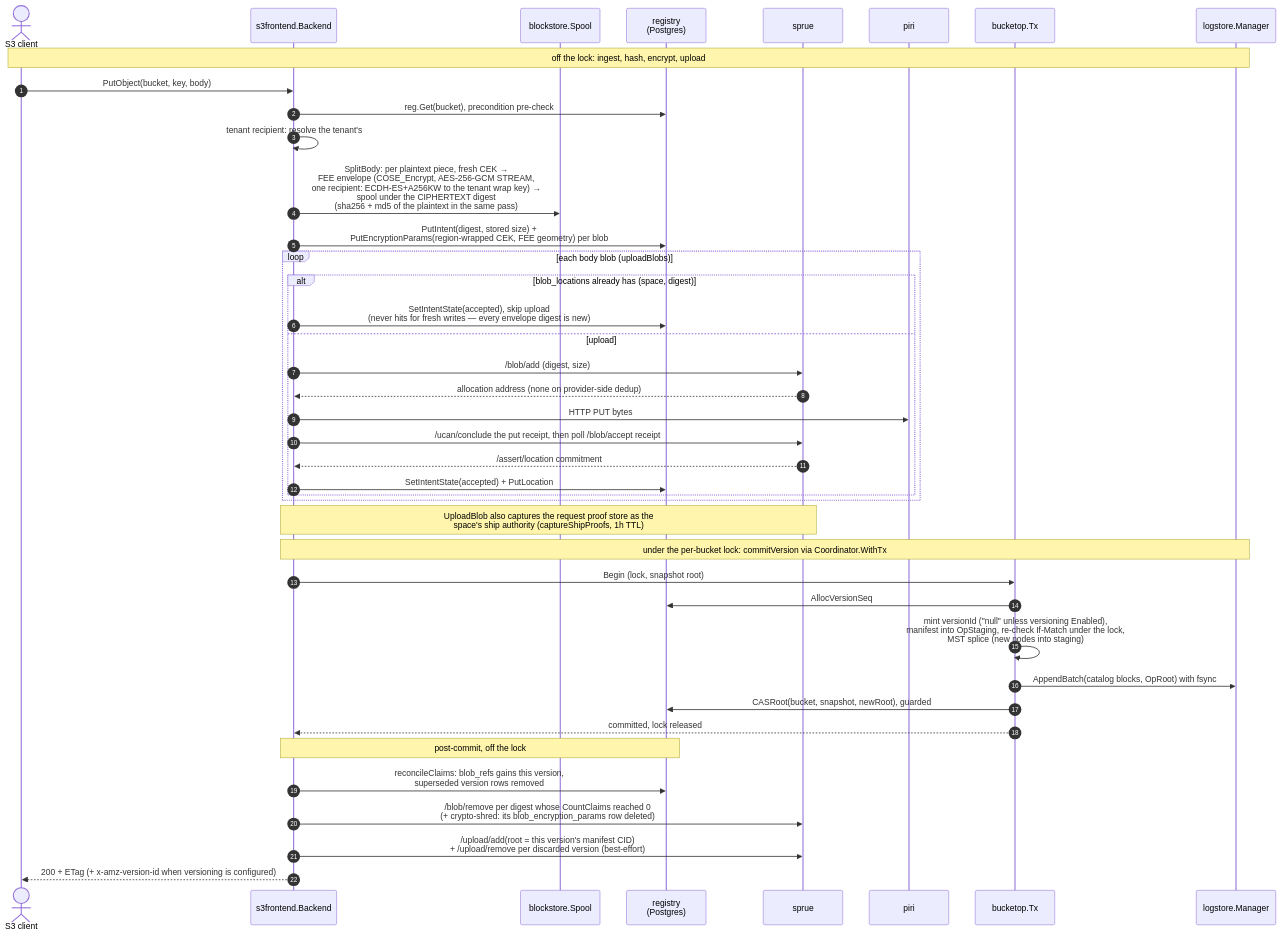
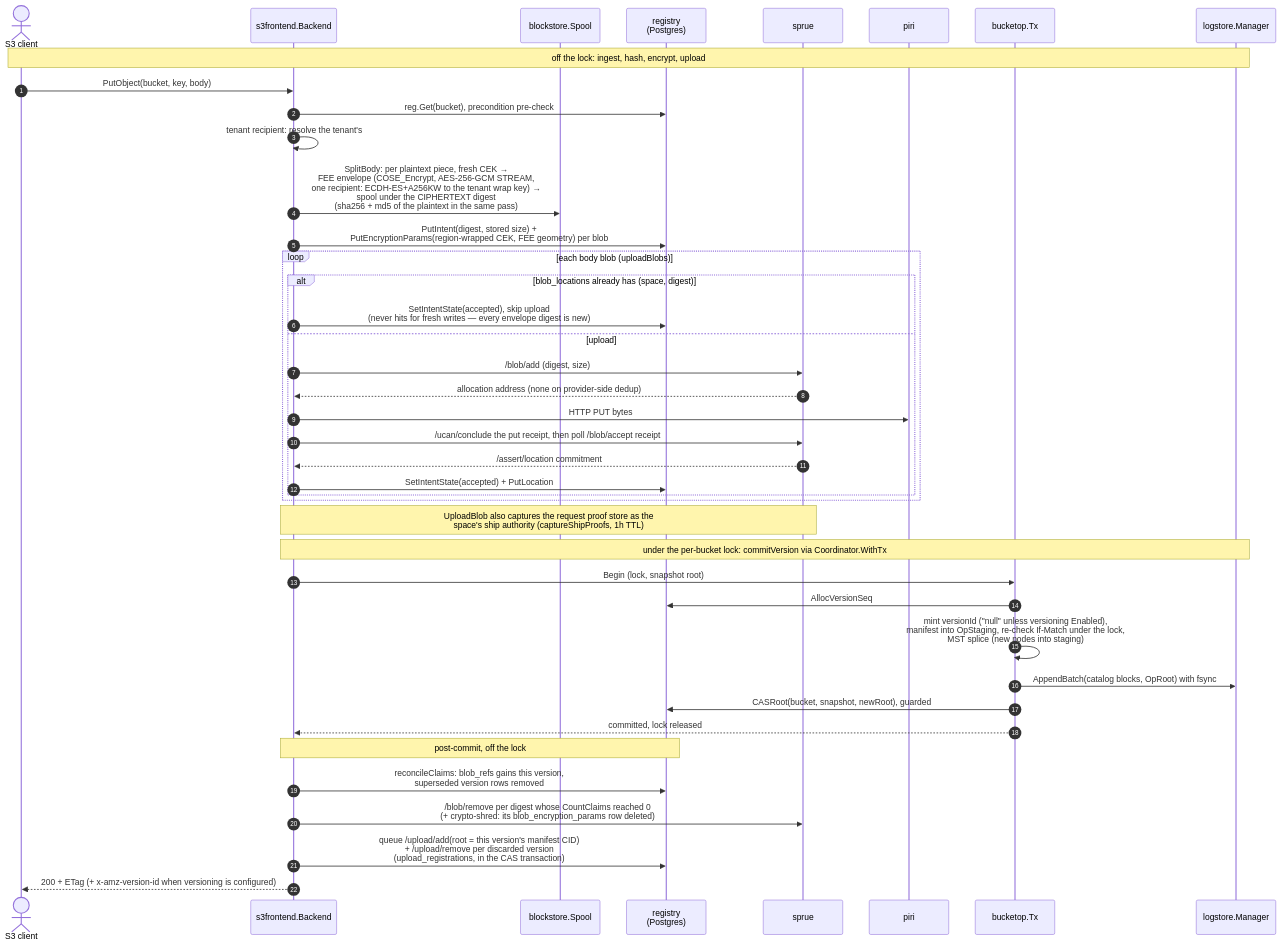
The fourth of 14 diagrams in docs/diagrams.md (fil-forge/ingot), drawn with Mermaid before and after one commit. The commit also changed other lines of this file and 23 other files, not shown here.

Commit message:
refactor: move upload registrations off of hot path

````diff
--- a/docs/diagrams.md
+++ b/docs/diagrams.md
@@ -241,44 +241,44 @@
 ```mermaid
 sequenceDiagram
     autonumber
     actor C as S3 client
     participant B as s3frontend.Backend
     participant SP as blockstore.Spool
     participant R as registry<br/>(Postgres)
     participant U as sprue
     participant P as piri
     participant TX as bucketop.Tx
     participant L as logstore.Manager
 
     Note over C,L: off the lock: ingest, hash, encrypt, upload
     C->>B: PutObject(bucket, key, body)
     B->>R: reg.Get(bucket), precondition pre-check
     B->>B: tenant recipient: resolve the tenant's #wrap key<br/>(tenant DID from the request, did:plc doc via the cached PLC resolver);<br/>no recipient → the write fails
     B->>SP: SplitBody: per plaintext piece, fresh CEK →<br/>FEE envelope (COSE_Encrypt, AES-256-GCM STREAM,<br/>one recipient: ECDH-ES+A256KW to the tenant wrap key) →<br/>spool under the CIPHERTEXT digest<br/>(sha256 + md5 of the plaintext in the same pass)
     B->>R: PutIntent(digest, stored size) +<br/>PutEncryptionParams(region-wrapped CEK, FEE geometry) per blob
     loop each body blob (uploadBlobs)
         alt blob_locations already has (space, digest)
             B->>R: SetIntentState(accepted), skip upload<br/>(never hits for fresh writes — every envelope digest is new)
         else upload
             B->>U: /blob/add (digest, size)
             U-->>B: allocation address (none on provider-side dedup)
             B->>P: HTTP PUT bytes
             B->>U: /ucan/conclude the put receipt, then poll /blob/accept receipt
             U-->>B: /assert/location commitment
             B->>R: SetIntentState(accepted) + PutLocation
         end
     end
     Note over B,U: UploadBlob also captures the request proof store as the<br/>space's ship authority (captureShipProofs, 1h TTL)
     Note over B,L: under the per-bucket lock: commitVersion via Coordinator.WithTx
     B->>TX: Begin (lock, snapshot root)
     TX->>R: AllocVersionSeq
     TX->>TX: mint versionId ("null" unless versioning Enabled),<br/>manifest into OpStaging, re-check If-Match under the lock,<br/>MST splice (new nodes into staging)
     TX->>L: AppendBatch(catalog blocks, OpRoot) with fsync
     TX->>R: CASRoot(bucket, snapshot, newRoot), guarded
     TX-->>B: committed, lock released
     Note over B,R: post-commit, off the lock
     B->>R: reconcileClaims: blob_refs gains this version,<br/>superseded version rows removed
     B->>U: /blob/remove per digest whose CountClaims reached 0<br/>(+ crypto-shred: its blob_encryption_params row deleted)
-    B->>U: /upload/add(root = this version's manifest CID)<br/>+ /upload/remove per discarded version (best-effort)
+    B->>R: queue /upload/add(root = this version's manifest CID)<br/>+ /upload/remove per discarded version<br/>(upload_registrations, in the CAS transaction)
     B-->>C: 200 + ETag (+ x-amz-version-id when versioning is configured)
 ```
````
